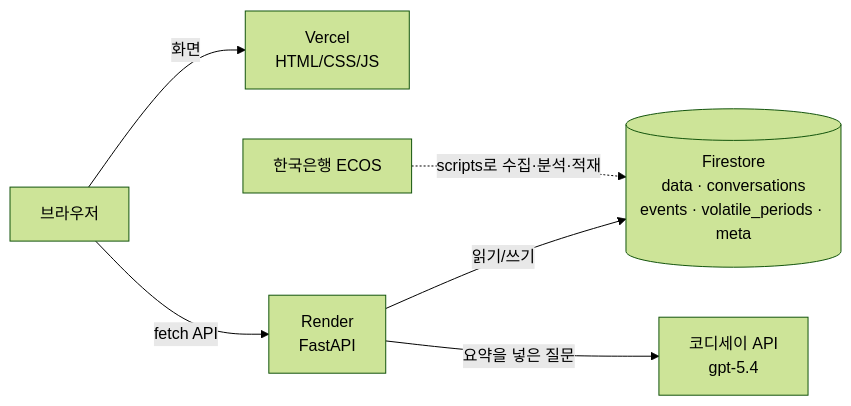
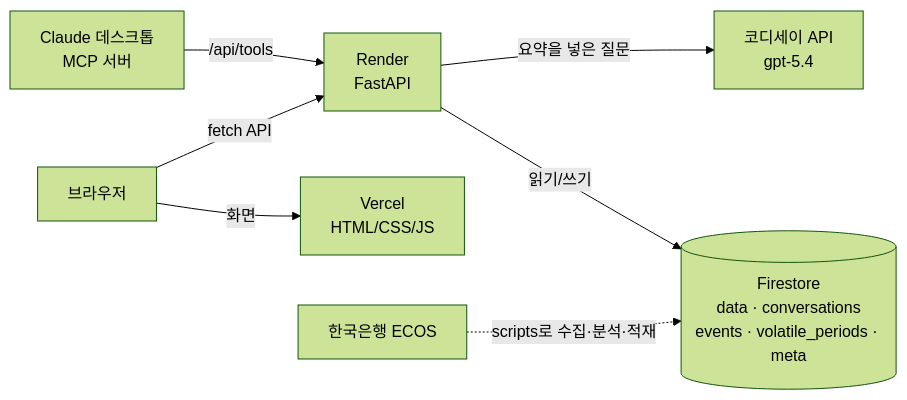
One commit to riakwjddd06/yen-ai changed the diagram in README.md. Above: the diagram before and after it, drawn with Mermaid (forest theme). The commit also changed other lines of this file and 6 other files, not shown here.

Commit message:
보너스 A: MCP 서버와 도구 API

````diff
--- a/README.md
+++ b/README.md
@@ -76,8 +78,9 @@
 ```mermaid
 flowchart LR
   U[브라우저] -->|화면| V[Vercel<br/>HTML/CSS/JS]
   U -->|fetch API| R[Render<br/>FastAPI]
   R -->|읽기/쓰기| F[(Firestore<br/>data · conversations<br/>events · volatile_periods · meta)]
   R -->|요약을 넣은 질문| A[코디세이 API<br/>gpt-5.4]
   E[한국은행 ECOS] -.->|scripts로 수집·분석·적재| F
+  M[Claude 데스크톱<br/>MCP 서버] -->|/api/tools| R
 ```
````
